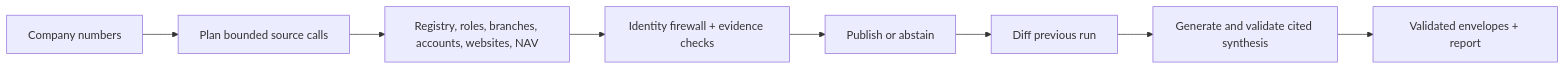
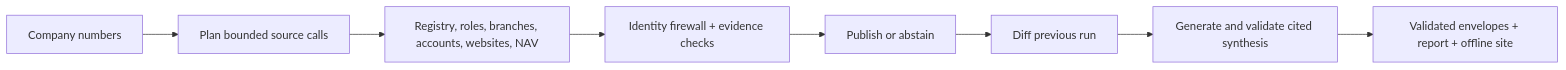
One commit to NethraVenkat/signalpost-agent changed the diagram in README.md. Above: the diagram before and after it, drawn with Mermaid. The commit also changed other lines of this file and 7 other files, not shown here.

````diff
--- a/README.md
+++ b/README.md
@@ -9,10 +7,10 @@
 ```mermaid
 flowchart LR
     Input[Company numbers] --> Plan[Plan bounded source calls]
     Plan --> Tools[Registry, roles, branches, accounts, websites, NAV]
     Tools --> Verify[Identity firewall + evidence checks]
     Verify --> Publish[Publish or abstain]
     Publish --> Diff[Diff previous run]
     Diff --> Summary[Generate and validate cited synthesis]
-    Summary --> Output[Validated envelopes + report]
+    Summary --> Output[Validated envelopes + report + offline site]
 ```
````
